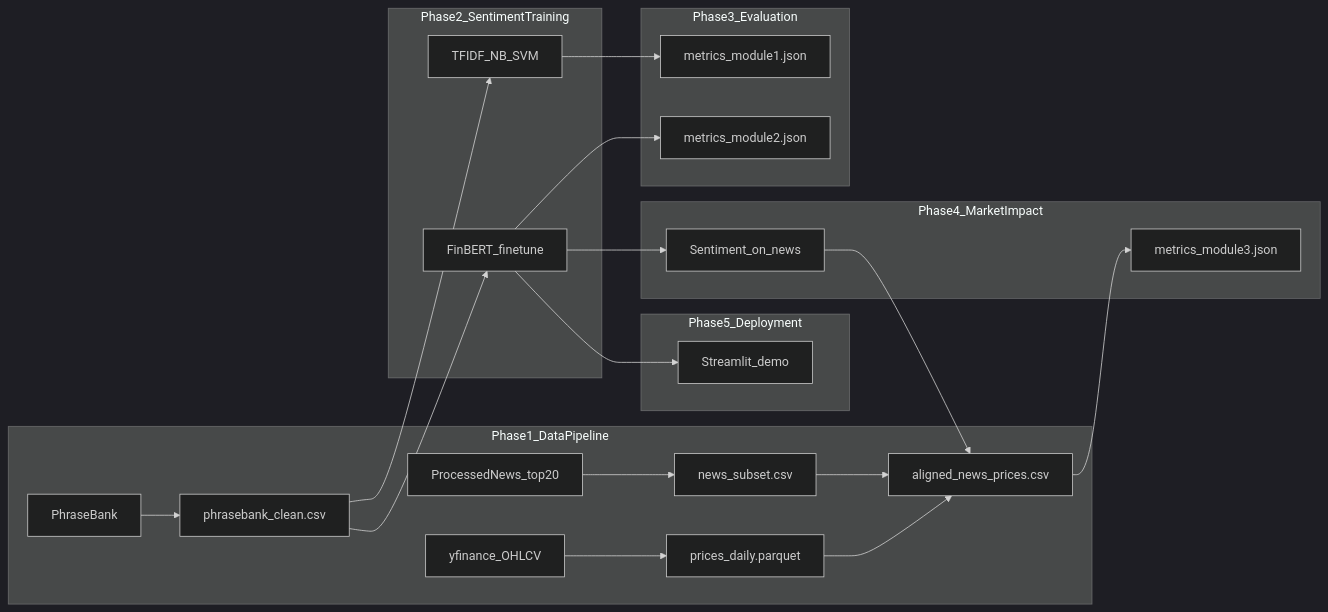
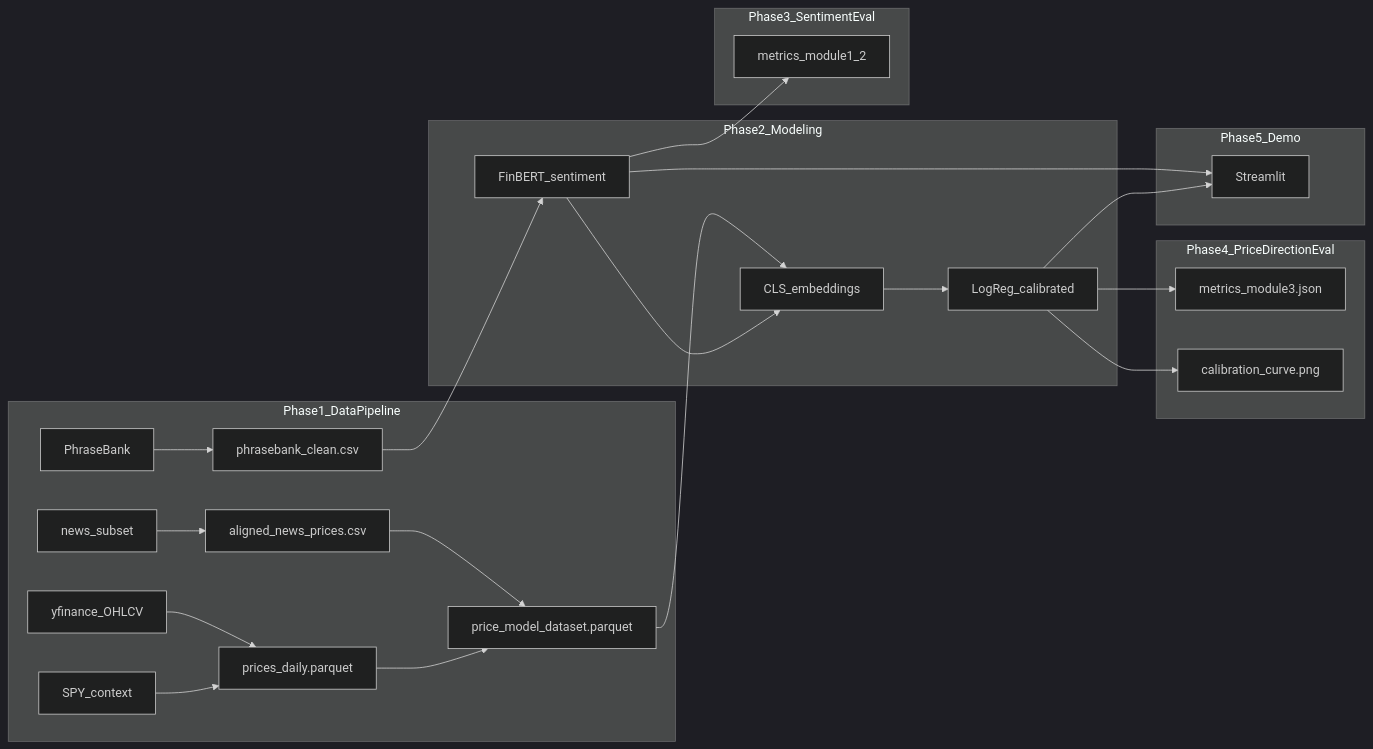
The diagram in README.md (npd632/financial-sentiment-analysis), drawn with Mermaid (dark theme) before and after one commit. The commit also changed other lines of this file and 13 other files, not shown here.

Commit message:
Completed sentimental analysis module and implemented 2nd module for stock price prediction with confidence

````diff
--- a/README.md
+++ b/README.md
@@ -34,29 +39,32 @@
 ```mermaid
 flowchart LR
   subgraph phase1 [Phase1_DataPipeline]
     PB[PhraseBank]
-    News[ProcessedNews_top20]
+    News[news_subset]
     YF[yfinance_OHLCV]
+    SPY[SPY_context]
     PB --> CleanPB[phrasebank_clean.csv]
-    News --> CleanNews[news_subset.csv]
+    News --> Aligned[aligned_news_prices.csv]
     YF --> Prices[prices_daily.parquet]
-    CleanNews --> Aligned[aligned_news_prices.csv]
-    Prices --> Aligned
+    SPY --> Prices
+    Aligned --> PriceDS[price_model_dataset.parquet]
+    Prices --> PriceDS
   end
-  subgraph phase2 [Phase2_SentimentTraining]
-    CleanPB --> Baseline[TFIDF_NB_SVM]
-    CleanPB --> FinBERT[FinBERT_finetune]
+  subgraph phase2 [Phase2_Modeling]
+    CleanPB --> FinBERT[FinBERT_sentiment]
+    PriceDS --> Embed[CLS_embeddings]
+    FinBERT --> Embed
+    Embed --> Stage2[LogReg_calibrated]
   end
-  subgraph phase3 [Phase3_Evaluation]
-    Baseline --> M1[metrics_module1.json]
-    FinBERT --> M2[metrics_module2.json]
+  subgraph phase3 [Phase3_SentimentEval]
+    FinBERT --> M1M2[metrics_module1_2]
   end
-  subgraph phase4 [Phase4_MarketImpact]
-    FinBERT --> Infer[Sentiment_on_news]
-    Infer --> Aligned
-    Aligned --> M3[metrics_module3.json]
+  subgraph phase4 [Phase4_PriceDirectionEval]
+    Stage2 --> M3[metrics_module3.json]
+    Stage2 --> CalPlot[calibration_curve.png]
   end
-  subgraph phase5 [Phase5_Deployment]
-    FinBERT --> Streamlit[Streamlit_demo]
+  subgraph phase5 [Phase5_Demo]
+    FinBERT --> Streamlit[Streamlit]
+    Stage2 --> Streamlit
   end
 ```
````
